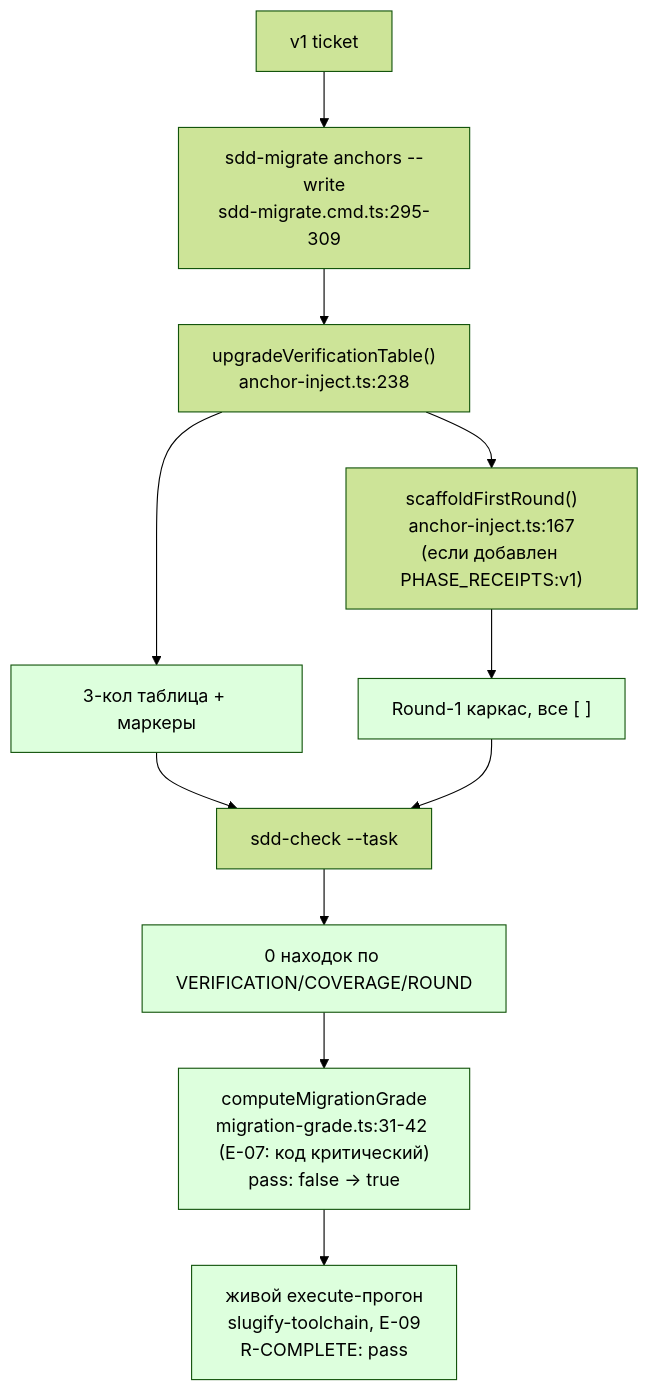
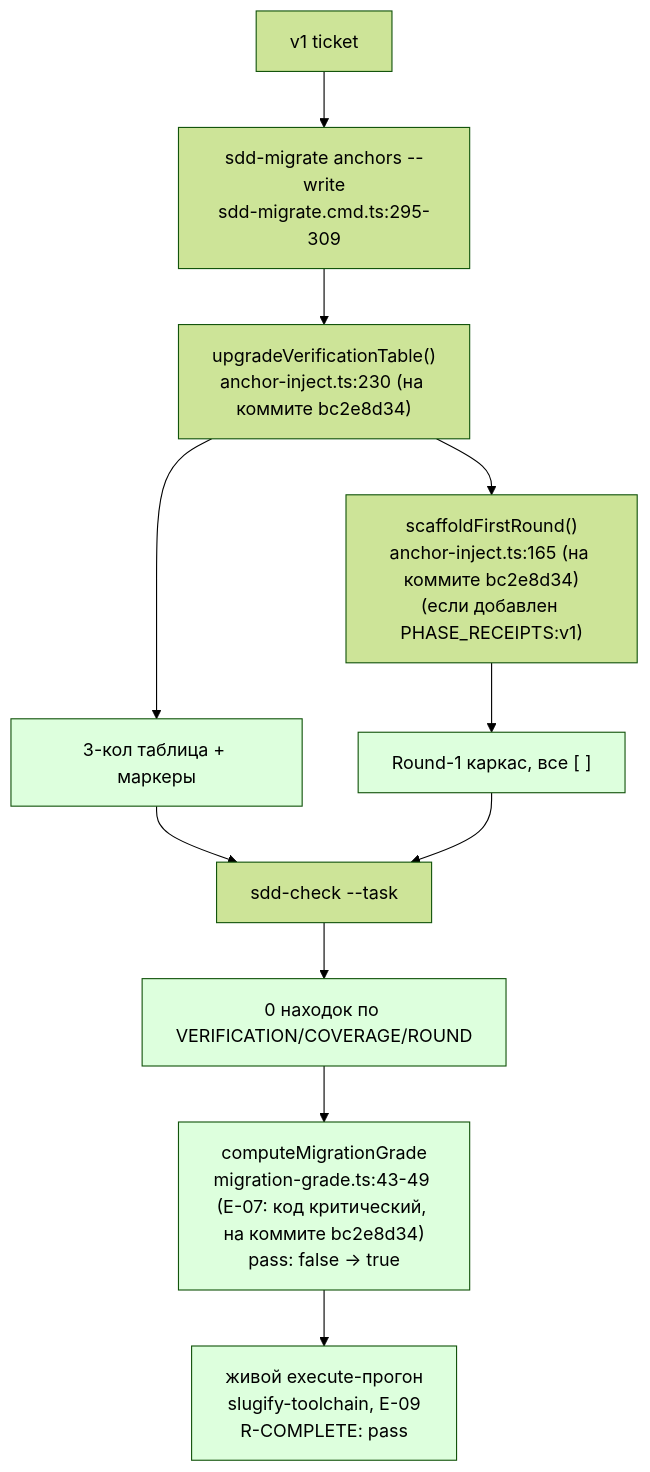
The second of 2 diagrams in ai/drafts/research/sdd-v1-to-v2-transfer/_raw/reports/R-BATCH-22-migrator-red-first.md (RubaXa/gennady), drawn with Mermaid (forest theme) before and after one commit. The commit also changed other lines of this file and 5 other files, not shown here.

````diff
--- a/ai/drafts/research/sdd-v1-to-v2-transfer/_raw/reports/R-BATCH-22-migrator-red-first.md
+++ b/ai/drafts/research/sdd-v1-to-v2-transfer/_raw/reports/R-BATCH-22-migrator-red-first.md
@@ -54,18 +63,18 @@
 ```mermaid
 flowchart TD
   A["v1 ticket"] --> B["sdd-migrate anchors --write\nsdd-migrate.cmd.ts:295-309"]
-  B --> C["upgradeVerificationTable()\nanchor-inject.ts:238"]
-  C --> F["scaffoldFirstRound()\nanchor-inject.ts:167\n(если добавлен PHASE_RECEIPTS:v1)"]
+  B --> C["upgradeVerificationTable()\nanchor-inject.ts:230 (на коммите bc2e8d34)"]
+  C --> F["scaffoldFirstRound()\nanchor-inject.ts:165 (на коммите bc2e8d34)\n(если добавлен PHASE_RECEIPTS:v1)"]
   C --> G["3-кол таблица + маркеры"]
   F --> H["Round-1 каркас, все [ ]"]
   G --> I["sdd-check --task"]
   H --> I
   I --> J["0 находок по VERIFICATION/COVERAGE/ROUND"]
-  J --> K["computeMigrationGrade\nmigration-grade.ts:31-42 (E-07: код критический)\npass: false → true"]
+  J --> K["computeMigrationGrade\nmigration-grade.ts:43-49 (E-07: код критический, на коммите bc2e8d34)\npass: false → true"]
   K --> L["живой execute-прогон\nslugify-toolchain, E-09\nR-COMPLETE: pass"]
   style G fill:#dfd
   style H fill:#dfd
   style J fill:#dfd
   style K fill:#dfd
   style L fill:#dfd
 ```
````
